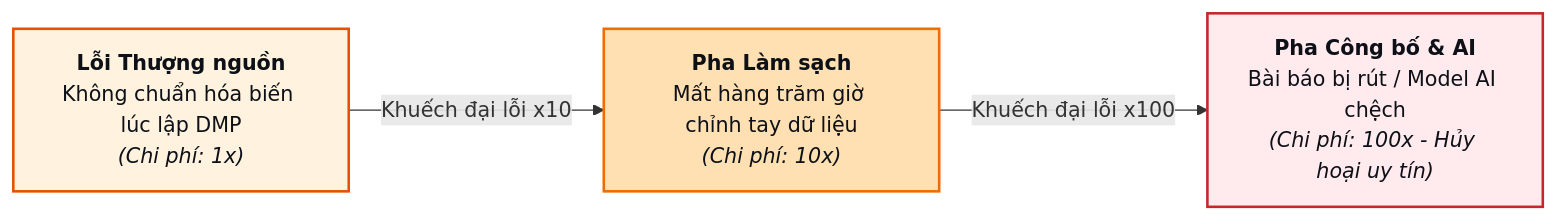
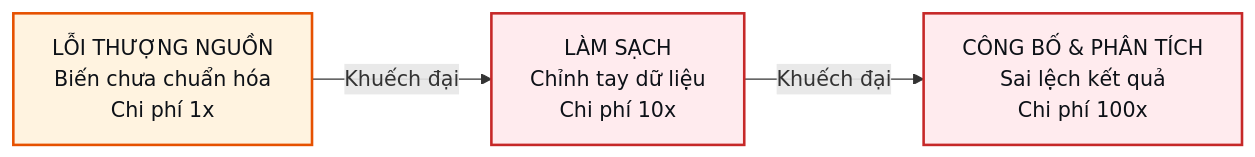
The second of 2 diagrams in docs/chapters/ch01_overview_and_dmp.md (fossbk-spec/biomedical-rdm), drawn with Mermaid before and after one commit. The commit also changed other lines of this file and 8 other files, not shown here.

Commit message:
docs: redesign Mermaid diagrams (no HTML, neutral labels, split oversized figures), merge diagram guide, scan Mermaid in volatile check

````diff
--- a/docs/chapters/ch01_overview_and_dmp.md
+++ b/docs/chapters/ch01_overview_and_dmp.md
@@ -86,13 +83,15 @@
 ```mermaid
 flowchart LR
-    A["<b>Lỗi Thượng nguồn</b><br/>Không chuẩn hóa biến lúc lập DMP<br/><i>(Chi phí: 1x)</i>"] -->|"Khuếch đại lỗi x10"| B["<b>Pha Làm sạch</b><br/>Mất hàng trăm giờ chỉnh tay dữ liệu<br/><i>(Chi phí: 10x)</i>"]
-    B -->|"Khuếch đại lỗi x100"| C["<b>Pha Công bố & AI</b><br/>Bài báo bị rút / Model AI chệch<br/><i>(Chi phí: 100x - Hủy hoại uy tín)</i>"]
+    A["LỖI THƯỢNG NGUỒN<br/>Biến chưa chuẩn hóa<br/>Chi phí 1x"] -->|"Khuếch đại"| B["LÀM SẠCH<br/>Chỉnh tay dữ liệu<br/>Chi phí 10x"]
+    B -->|"Khuếch đại"| C["CÔNG BỐ & PHÂN TÍCH<br/>Sai lệch kết quả<br/>Chi phí 100x"]
 
-    classDef warnLow fill:#FFF3E0,stroke:#E65100,stroke-width:2px,color:#0D1117;
-    classDef warnMed fill:#FFE0B2,stroke:#EF6C00,stroke-width:2px,color:#0D1117;
-    classDef warnHigh fill:#FFEBEE,stroke:#C62828,stroke-width:2px,color:#0D1117;
+    classDef lawStyle fill:#E8EAF6,stroke:#283593,stroke-width:2px,color:#0D1117;
+    classDef archStyle fill:#E0F2FE,stroke:#0277BD,stroke-width:2px,color:#0D1117;
+    classDef techStyle fill:#FFF3E0,stroke:#E65100,stroke-width:2px,color:#0D1117;
+    classDef mathStyle fill:#E8F5E9,stroke:#2E7D32,stroke-width:2px,color:#0D1117;
+    classDef warnStyle fill:#FFEBEE,stroke:#C62828,stroke-width:2px,color:#0D1117;
 
-    class A warnLow;
-    class B warnMed;
-    class C warnHigh;
+    class A techStyle;
+    class B warnStyle;
+    class C warnStyle;
 ```
````
